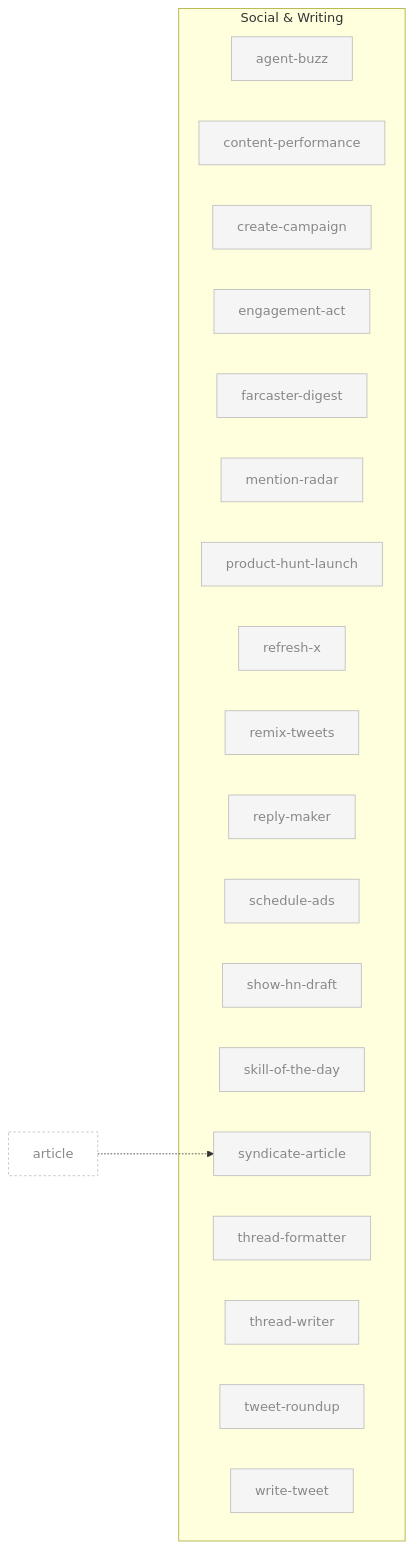
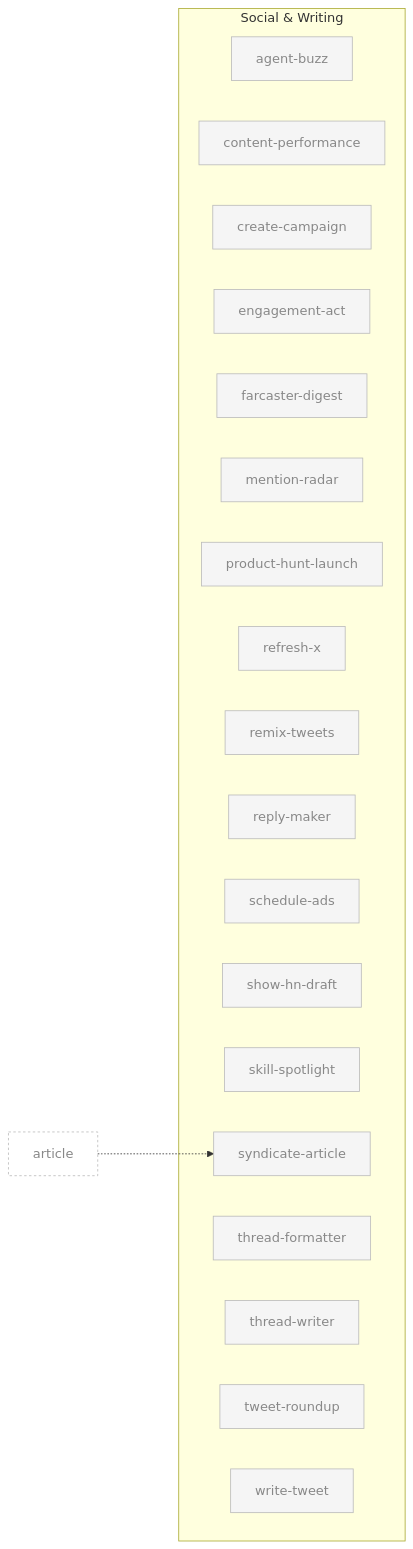
The eighth of 10 diagrams in docs/skill-graph.md (aeonfun/aeon), drawn with Mermaid before and after one commit. The commit also changed other lines of this file and 28 other files, not shown here.

First line of the commit message:
refactor(skills)!: rename temporal skill slugs to cadence-neutral names

````diff
--- a/docs/skill-graph.md
+++ b/docs/skill-graph.md
@@ -455,50 +455,50 @@
 ```mermaid
 flowchart LR
     subgraph social ["Social & Writing"]
         agent-buzz[agent-buzz]
         content-performance[content-performance]
         create-campaign[create-campaign]
         engagement-act[engagement-act]
         farcaster-digest[farcaster-digest]
         mention-radar[mention-radar]
         product-hunt-launch[product-hunt-launch]
         refresh-x[refresh-x]
         remix-tweets[remix-tweets]
         reply-maker[reply-maker]
         schedule-ads[schedule-ads]
         show-hn-draft[show-hn-draft]
-        skill-of-the-day[skill-of-the-day]
+        skill-spotlight[skill-spotlight]
         syndicate-article[syndicate-article]
         thread-formatter[thread-formatter]
         thread-writer[thread-writer]
         tweet-roundup[tweet-roundup]
         write-tweet[write-tweet]
     end
 
     article[article]:::external
 
     article -..-> syndicate-article
 
     classDef default fill:#f5f5f5,stroke:#bbb,color:#888
     classDef enabled fill:#fff,stroke:#000,stroke-width:2px,color:#000
     classDef external fill:none,stroke:#bbb,stroke-dasharray:3 3,color:#888
     click agent-buzz "../skills/agent-buzz/SKILL.md"
     click content-performance "../skills/content-performance/SKILL.md"
     click create-campaign "../skills/create-campaign/SKILL.md"
     click engagement-act "../skills/engagement-act/SKILL.md"
     click farcaster-digest "../skills/farcaster-digest/SKILL.md"
     click mention-radar "../skills/mention-radar/SKILL.md"
     click product-hunt-launch "../skills/product-hunt-launch/SKILL.md"
     click refresh-x "../skills/refresh-x/SKILL.md"
     click remix-tweets "../skills/remix-tweets/SKILL.md"
     click reply-maker "../skills/reply-maker/SKILL.md"
     click schedule-ads "../skills/schedule-ads/SKILL.md"
     click show-hn-draft "../skills/show-hn-draft/SKILL.md"
-    click skill-of-the-day "../skills/skill-of-the-day/SKILL.md"
+    click skill-spotlight "../skills/skill-spotlight/SKILL.md"
     click syndicate-article "../skills/syndicate-article/SKILL.md"
     click thread-formatter "../skills/thread-formatter/SKILL.md"
     click thread-writer "../skills/thread-writer/SKILL.md"
     click tweet-roundup "../skills/tweet-roundup/SKILL.md"
     click write-tweet "../skills/write-tweet/SKILL.md"
     click article "../skills/article/SKILL.md"
 ```
````
